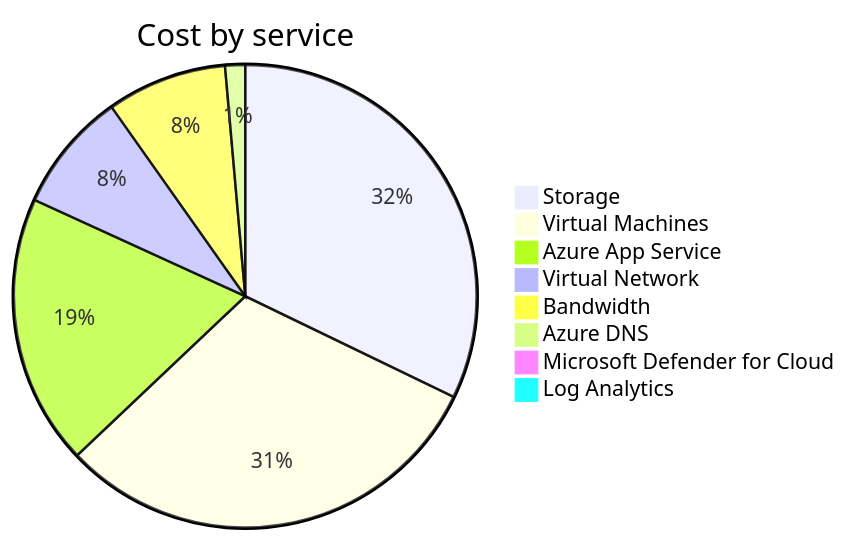
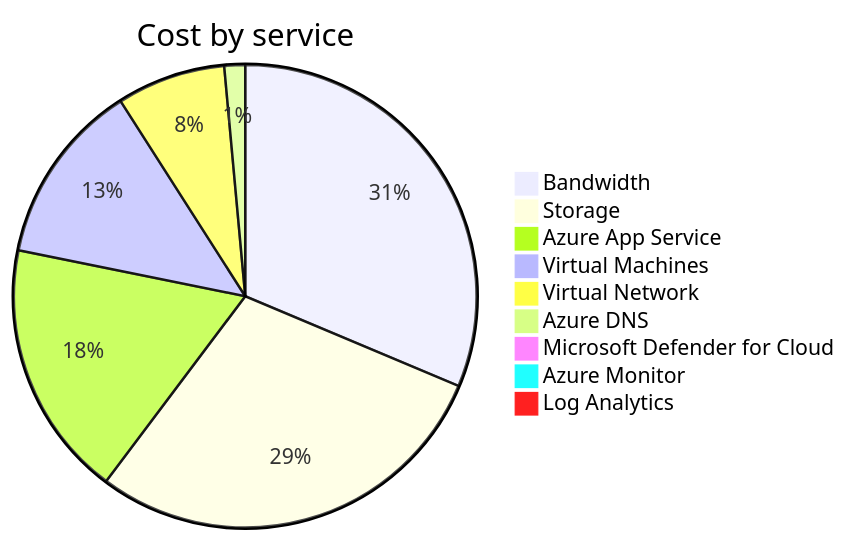
One commit to jpfulton/azure-personal-reports changed the second of 4 diagrams in cost-reports/accumulated-cost.md. Above: the diagram before and after it, drawn with Mermaid. The commit also changed other lines of this file and 4 other files, not shown here.

````diff
--- a/cost-reports/accumulated-cost.md
+++ b/cost-reports/accumulated-cost.md
@@ -98,12 +99,13 @@
 ```mermaid
 pie
    title Cost by service
-   "Storage" : 0.46
-   "Virtual Machines" : 0.44
-   "Azure App Service" : 0.27
-   "Virtual Network" : 0.12
-   "Bandwidth" : 0.12
-   "Azure DNS" : 0.02
-   "Microsoft Defender for Cloud" : 0.01
+   "Bandwidth" : 1.94
+   "Storage" : 1.79
+   "Azure App Service" : 1.11
+   "Virtual Machines" : 0.79
+   "Virtual Network" : 0.47
+   "Azure DNS" : 0.09
+   "Microsoft Defender for Cloud" : 0.05
+   "Azure Monitor" : 0.00
    "Log Analytics" : 0.00
 ```
````
